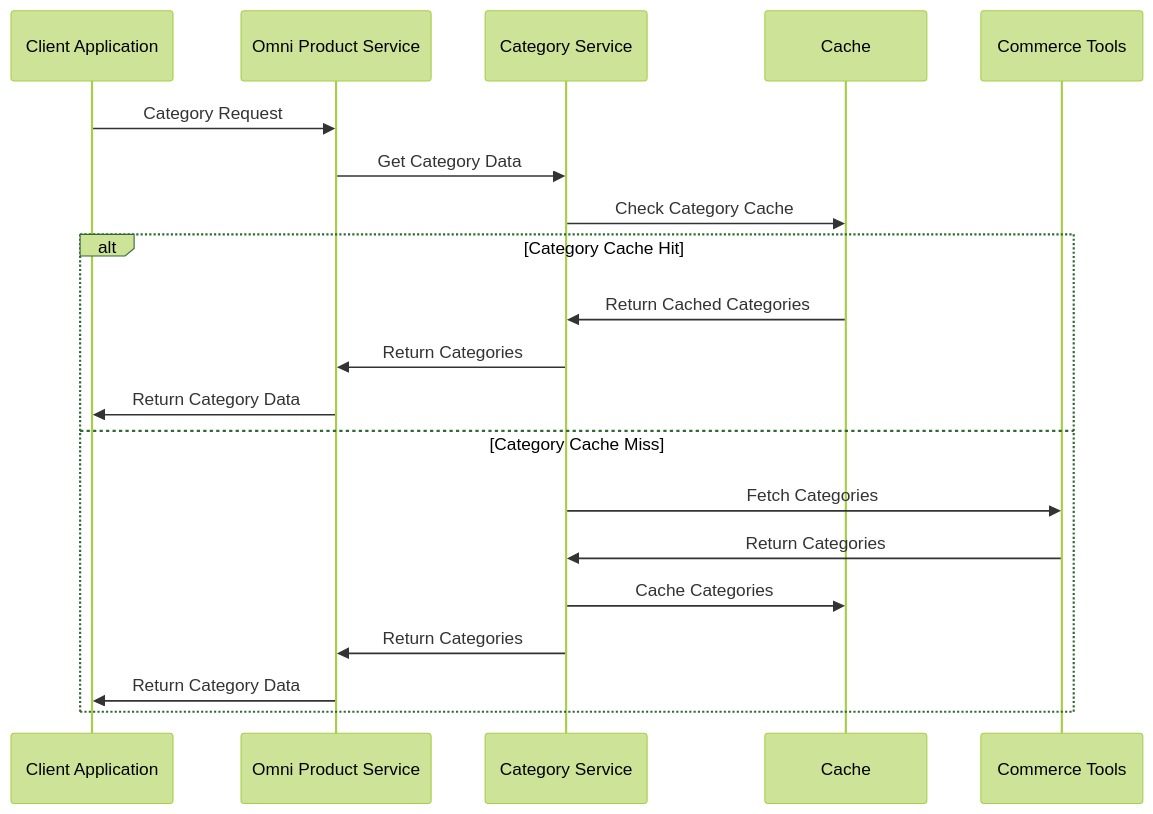
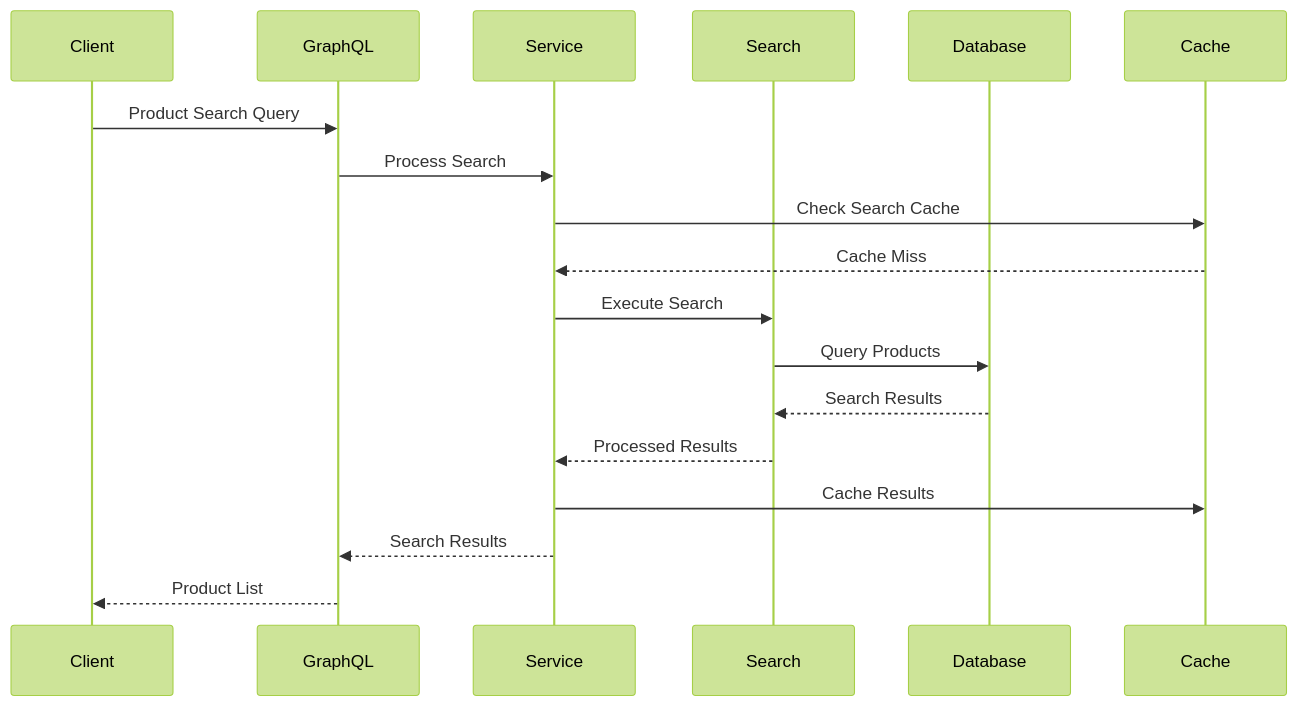
The seventh of 12 diagrams in generated-docs/omni-product-service-architecture.md (aahmadseph/SST-Phase-2), drawn with Mermaid (forest theme) before and after one commit. The commit also changed other lines of this file and 13 other files, not shown here.

````diff
--- a/generated-docs/omni-product-service-architecture.md
+++ b/generated-docs/omni-product-service-architecture.md
@@ -873,24 +319,21 @@
 ```mermaid
 sequenceDiagram
-    participant Client as Client Application
-    participant OmniProduct as Omni Product Service
-    participant Category as Category Service
-    participant Cache as Cache
-    participant Commerce as Commerce Tools
+    participant Client
+    participant GraphQL
+    participant Service
+    participant Search
+    participant Database
+    participant Cache
     
-    Client->>OmniProduct: Category Request
-    OmniProduct->>Category: Get Category Data
-    Category->>Cache: Check Category Cache
-    
-    alt Category Cache Hit
-        Cache->>Category: Return Cached Categories
-        Category->>OmniProduct: Return Categories
-        OmniProduct->>Client: Return Category Data
-    else Category Cache Miss
-        Category->>Commerce: Fetch Categories
-        Commerce->>Category: Return Categories
-        Category->>Cache: Cache Categories
-        Category->>OmniProduct: Return Categories
-        OmniProduct->>Client: Return Category Data
-    end
+    Client->>GraphQL: Product Search Query
+    GraphQL->>Service: Process Search
+    Service->>Cache: Check Search Cache
+    Cache-->>Service: Cache Miss
+    Service->>Search: Execute Search
+    Search->>Database: Query Products
+    Database-->>Search: Search Results
+    Search-->>Service: Processed Results
+    Service->>Cache: Cache Results
+    Service-->>GraphQL: Search Results
+    GraphQL-->>Client: Product List
 ```
````
